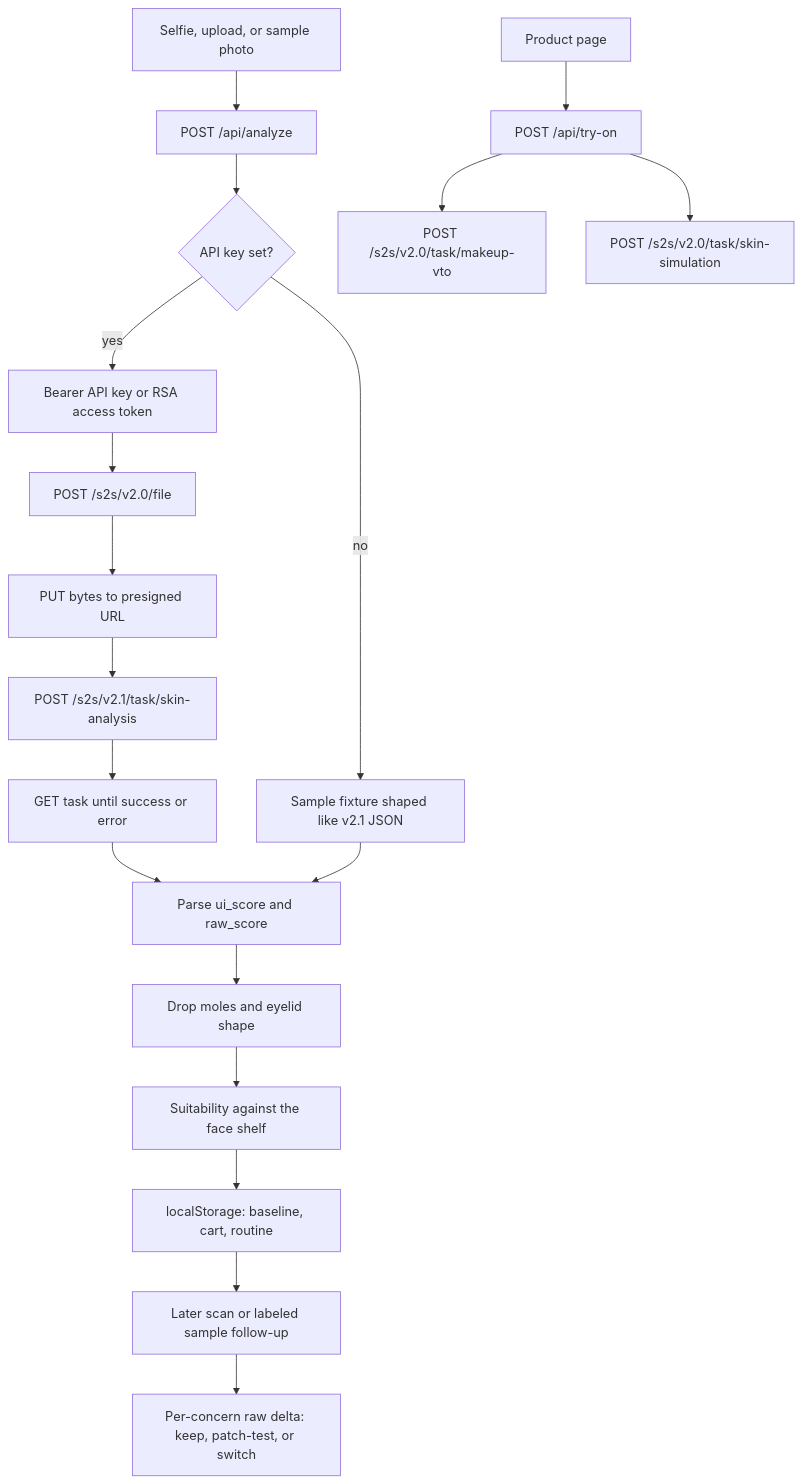
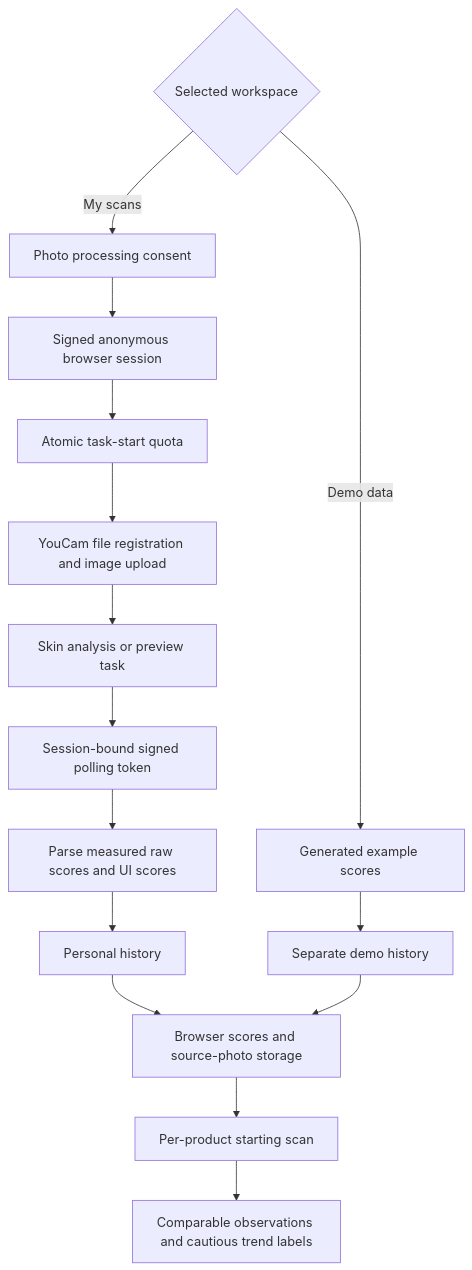
Before and after one commit to dovzhikova/miren: the diagram in HACKATHON.md, drawn with Mermaid. The commit also changed other lines of this file and 49 other files, not shown here.

Commit message:
Fix preview sources, isolate demo data, and correct progress tracking

````diff
--- a/HACKATHON.md
+++ b/HACKATHON.md
@@ -64,21 +31,17 @@
 ```mermaid
 flowchart TD
-  selfie[Selfie, upload, or sample photo] --> analyze["POST /api/analyze"]
-  analyze --> mode{API key set?}
-  mode -->|no| mock[Sample fixture shaped like v2.1 JSON]
-  mode -->|yes| auth[Bearer API key or RSA access token]
-  auth --> file["POST /s2s/v2.0/file"]
-  file --> put[PUT bytes to presigned URL]
-  put --> task["POST /s2s/v2.1/task/skin-analysis"]
-  task --> poll["GET task until success or error"]
-  poll --> parse[Parse ui_score and raw_score]
-  mock --> parse
-  parse --> filter[Drop moles and eyelid shape]
-  filter --> match[Suitability against the face shelf]
-  match --> browser[localStorage: baseline, cart, routine]
-  browser --> later[Later scan or labeled sample follow-up]
-  later --> verdict[Per-concern raw delta: keep, patch-test, or switch]
-  product[Product page] --> tryon["POST /api/try-on"]
-  tryon --> makeup["POST /s2s/v2.0/task/makeup-vto"]
-  tryon --> sim["POST /s2s/v2.0/task/skin-simulation"]
+  mode{Selected workspace} -->|Demo data| fixture[Generated example scores]
+  mode -->|My scans| consent[Photo processing consent]
+  consent --> session[Signed anonymous browser session]
+  session --> quota[Atomic task-start quota]
+  quota --> upload[YouCam file registration and image upload]
+  upload --> analysis[Skin analysis or preview task]
+  analysis --> poll[Session-bound signed polling token]
+  poll --> parse[Parse measured raw scores and UI scores]
+  parse --> personal[Personal history]
+  fixture --> demo[Separate demo history]
+  personal --> store[Browser scores and source-photo storage]
+  demo --> store
+  store --> routine[Per-product starting scan]
+  routine --> compare[Comparable observations and cautious trend labels]
 ```
````
